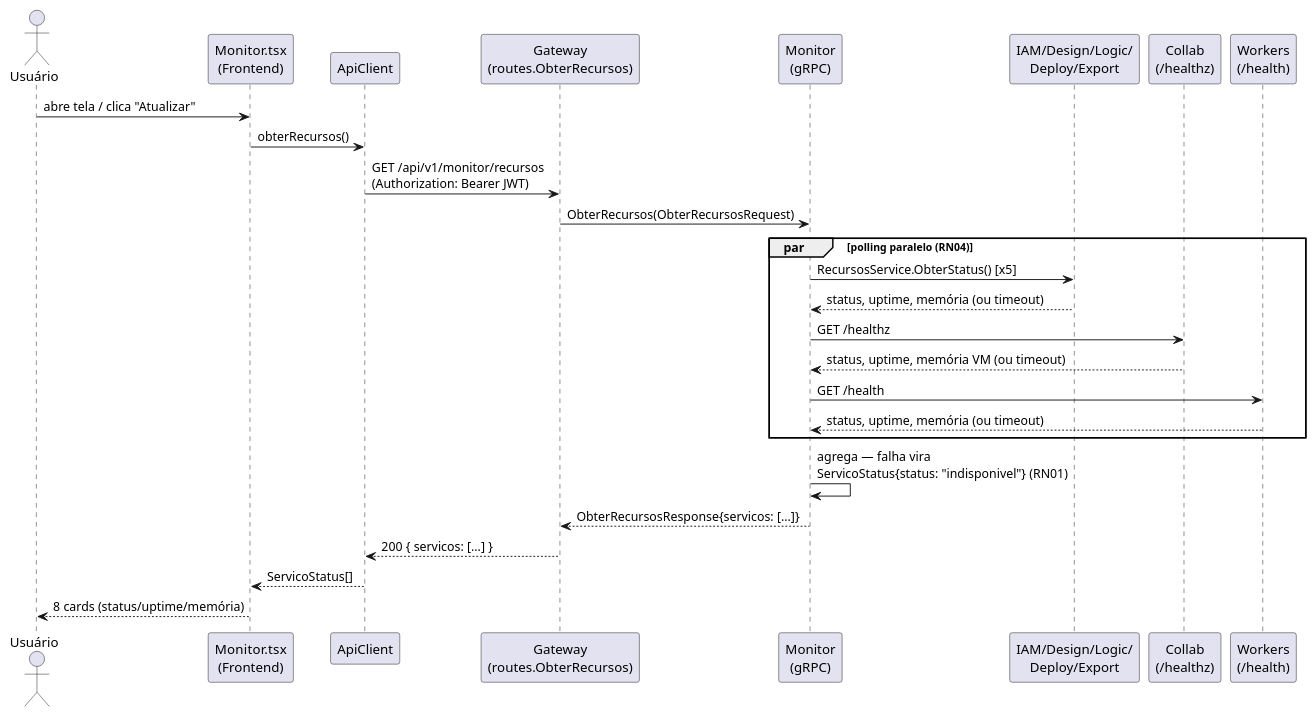
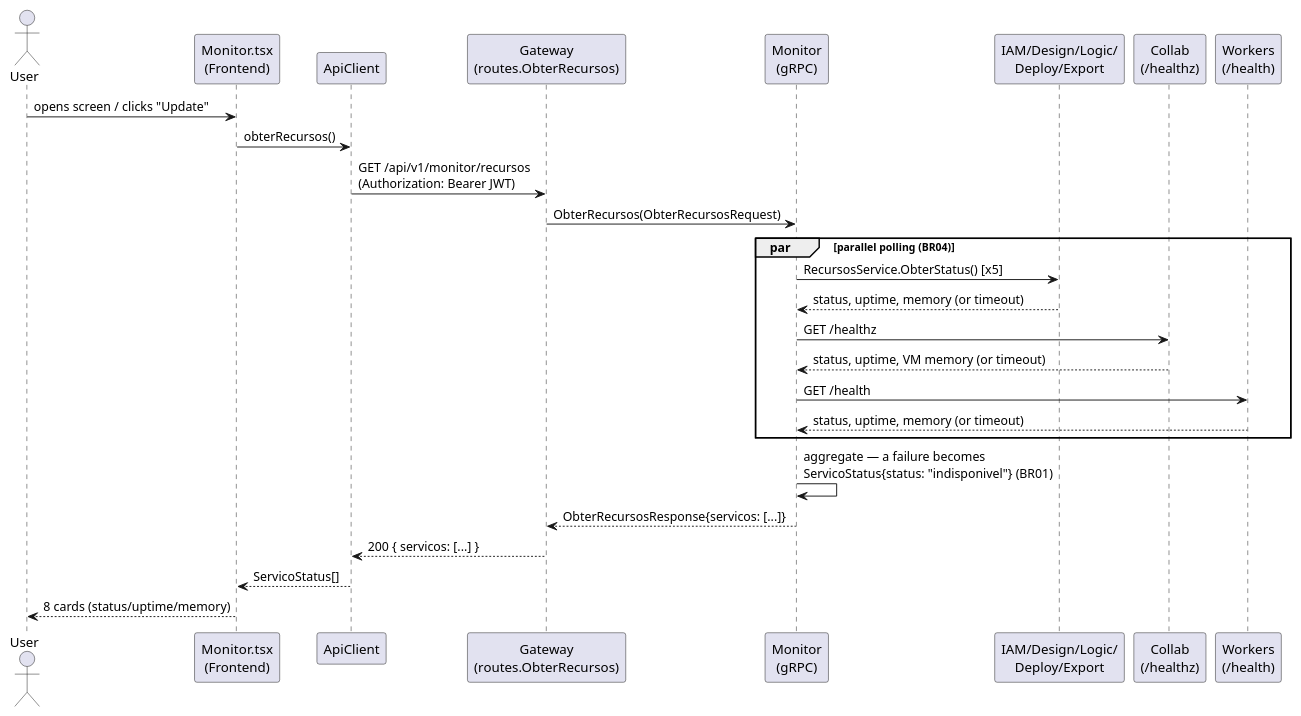
One commit to GiovaniRodrigo/arquitetura-mach-saas-nocode changed the third of 3 diagrams in specs/008-monitor-recursos/spec.md. Above: the diagram before and after it, drawn with PlantUML. The commit also changed other lines of this file and 86 other files, not shown here.

````diff
--- a/specs/008-monitor-recursos/spec.md
+++ b/specs/008-monitor-recursos/spec.md
@@ -180,30 +180,30 @@
 ```plantuml
 @startuml
-actor "Usuário" as usuario
+actor "User" as usuario
 participant "Monitor.tsx\n(Frontend)" as ui
 participant "ApiClient" as client
 participant "Gateway\n(routes.ObterRecursos)" as gw
 participant "Monitor\n(gRPC)" as mon
 participant "IAM/Design/Logic/\nDeploy/Export" as go_svcs
 participant "Collab\n(/healthz)" as collab
 participant "Workers\n(/health)" as workers
 
-usuario -> ui : abre tela / clica "Atualizar"
+usuario -> ui : opens screen / clicks "Update"
 ui -> client : obterRecursos()
 client -> gw : GET /api/v1/monitor/recursos\n(Authorization: Bearer JWT)
 gw -> mon : ObterRecursos(ObterRecursosRequest)
-par polling paralelo (RN04)
+par parallel polling (BR04)
   mon -> go_svcs : RecursosService.ObterStatus() [x5]
-  go_svcs --> mon : status, uptime, memória (ou timeout)
+  go_svcs --> mon : status, uptime, memory (or timeout)
   mon -> collab : GET /healthz
-  collab --> mon : status, uptime, memória VM (ou timeout)
+  collab --> mon : status, uptime, VM memory (or timeout)
   mon -> workers : GET /health
-  workers --> mon : status, uptime, memória (ou timeout)
+  workers --> mon : status, uptime, memory (or timeout)
 end
-mon -> mon : agrega — falha vira\nServicoStatus{status: "indisponivel"} (RN01)
+mon -> mon : aggregate — a failure becomes\nServicoStatus{status: "indisponivel"} (BR01)
 mon --> gw : ObterRecursosResponse{servicos: [...]}
 gw --> client : 200 { servicos: [...] }
 client --> ui : ServicoStatus[]
-ui --> usuario : 8 cards (status/uptime/memória)
+ui --> usuario : 8 cards (status/uptime/memory)
 @enduml
 ```
````
